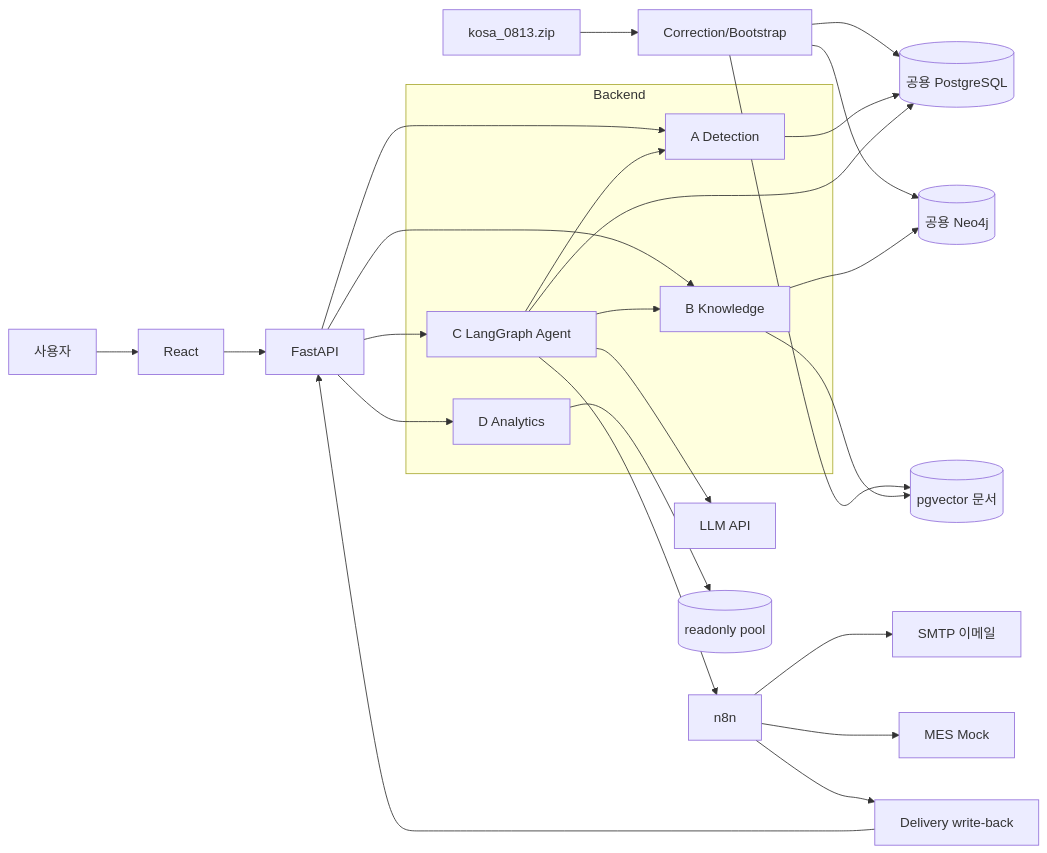
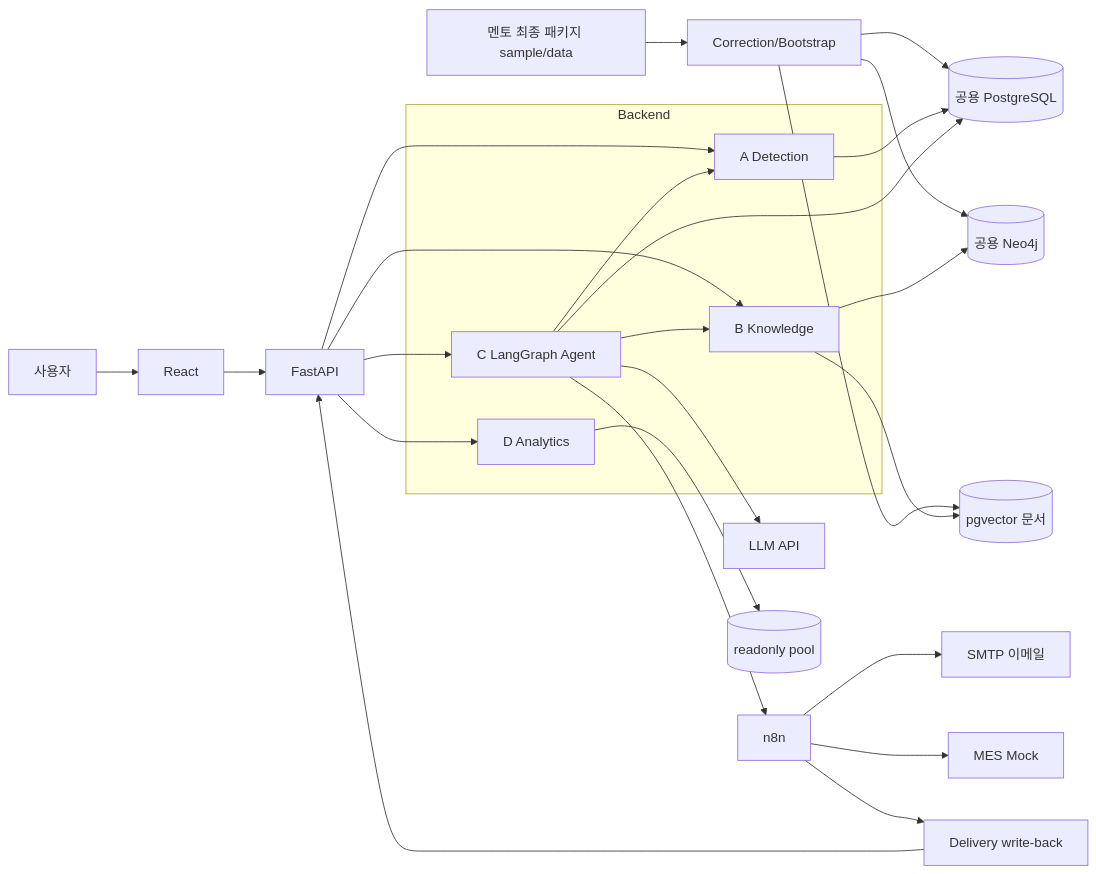
One commit to bistel-final/bistel-final changed the first of 2 diagrams in docs/specifications/시스템설계서_v2_0_작업본.md. Above: the diagram before and after it, drawn with Mermaid. The commit also changed other lines of this file and 20 other files, not shown here.

````diff
--- a/docs/specifications/시스템설계서_v2_0_작업본.md
+++ b/docs/specifications/시스템설계서_v2_0_작업본.md
@@ -71,35 +84,35 @@
 ```mermaid
 flowchart LR
-    SRC[kosa_0813.zip] --> CORR[Correction/Bootstrap]
+    SRC[멘토 최종 패키지 sample/data] --> CORR[Correction/Bootstrap]
     CORR --> PG[(공용 PostgreSQL)]
     CORR --> NEO[(공용 Neo4j)]
     CORR --> VEC[(pgvector 문서)]
 
     U[사용자] --> FE[React]
     FE --> API[FastAPI]
 
     subgraph BE[Backend]
       A[A Detection]
       B[B Knowledge]
       C[C LangGraph Agent]
       D[D Analytics]
     end
 
     API --> A
     API --> B
     API --> C
     API --> D
     A --> PG
     B --> NEO
     B --> VEC
     C --> PG
     C --> A
     C --> B
     C --> LLM[LLM API]
     C --> N8N[n8n]
     D --> PGRO[(readonly pool)]
     N8N --> MAIL[SMTP 이메일]
     N8N --> MES[MES Mock]
     N8N --> CB[Delivery write-back]
     CB --> API
 ```
````
